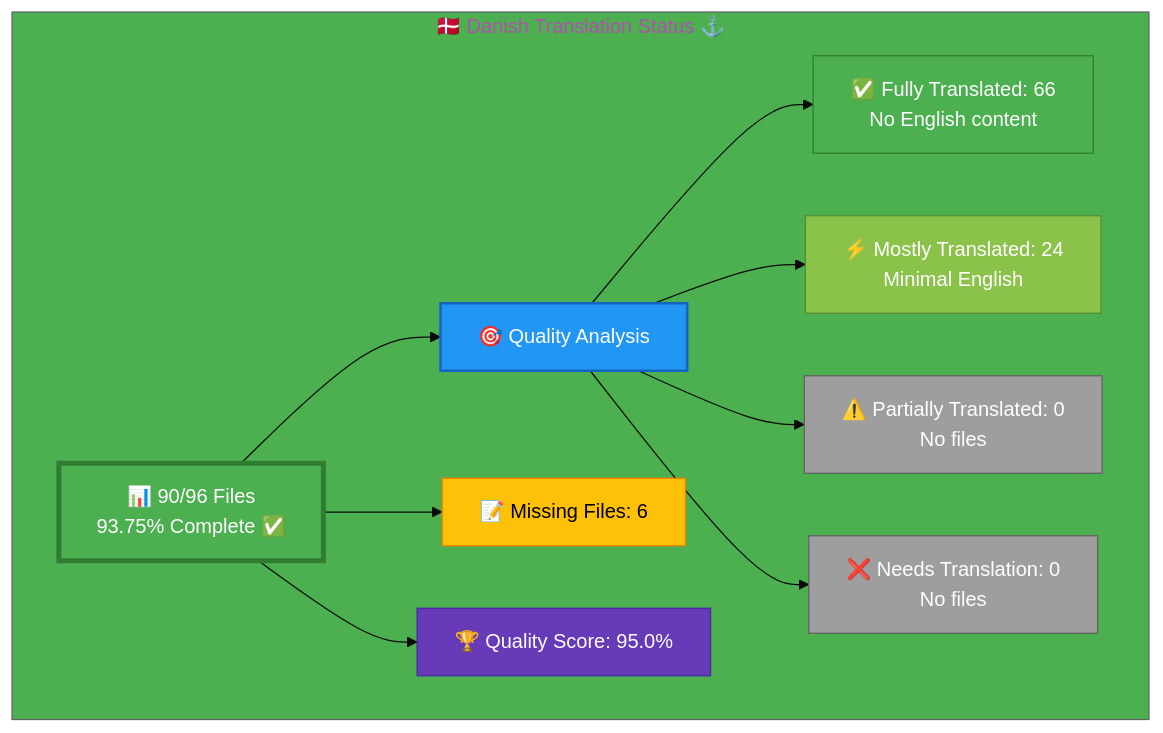
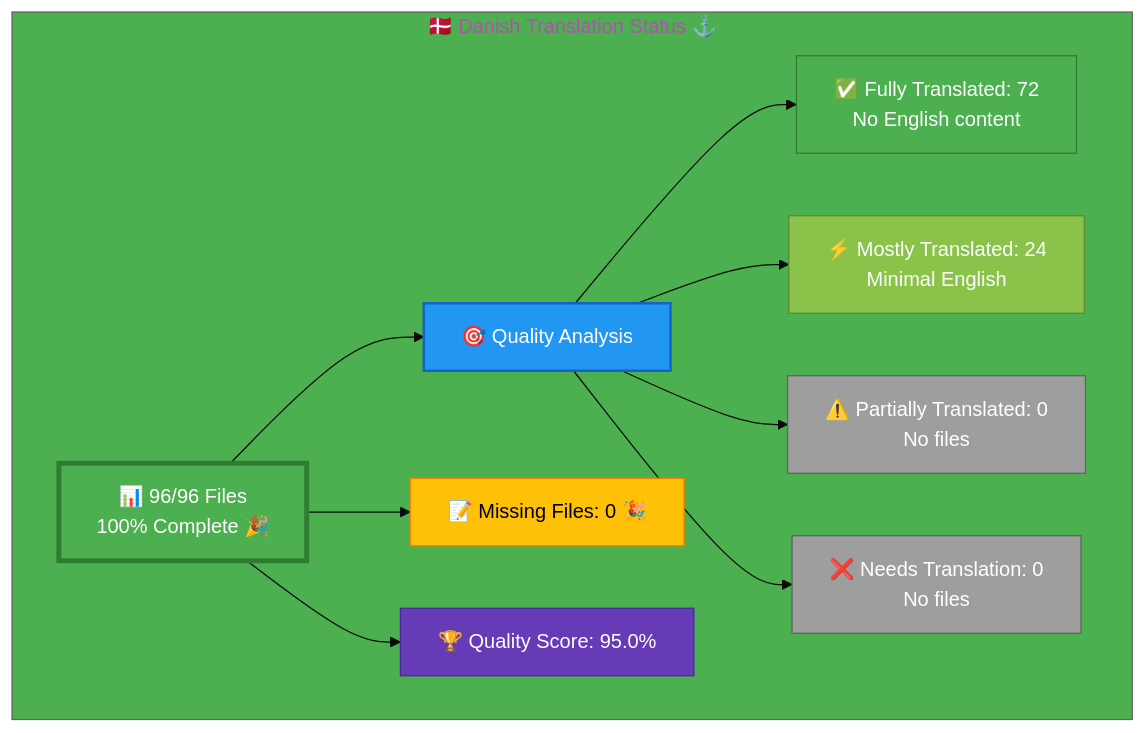
The diagram in Danish-Translation-Status.md (Hack23/homepage), drawn with Mermaid before and after one commit. The commit also changed other lines of this file, not shown here.

First line of the commit message:
Update Danish-Translation-Status.md - 100% COMPLETE 🎉

````diff
--- a/Danish-Translation-Status.md
+++ b/Danish-Translation-Status.md
@@ -55,26 +63,26 @@
 ```mermaid
 %%{init: {'theme':'base', 'themeVariables': {'primaryColor':'#4CAF50','secondaryColor':'#2196F3','tertiaryColor':'#4CAF50','fontSize':'16px'}}}%%
 graph TB
     subgraph "🇩🇰 Danish Translation Status ⚓"
-        A["📊 90/96 Files<br/>93.75% Complete ✅ "]
+        A["📊 96/96 Files<br/>100% Complete 🎉 "]
         
         A --> B["🎯 Quality Analysis"]
-        B --> C["✅ Fully Translated: 66<br/>No English content"]
+        B --> C["✅ Fully Translated: 72<br/>No English content"]
         B --> D["⚡ Mostly Translated: 24<br/>Minimal English"]
         B --> E["⚠️  Partially Translated: 0<br/>No files"]
         B --> F["❌ Needs Translation: 0<br/>No files"]
         
-        A --> G["📝 Missing Files: 6"]
+        A --> G["📝 Missing Files: 0 🎉"]
         
         A --> H["🏆 Quality Score: 95.0%"]
         
         style A fill:#4CAF50,stroke:#2E7D32,color:#fff,stroke-width:4px
         style B fill:#2196F3,stroke:#1565C0,color:#fff,stroke-width:2px
         style C fill:#4CAF50,stroke:#2E7D32,color:#fff
         style D fill:#8BC34A,stroke:#558B2F,color:#fff
         style E fill:#9E9E9E,stroke:#616161,color:#fff
         style F fill:#9E9E9E,stroke:#616161,color:#fff
         style G fill:#FFC107,stroke:#F57C00,color:#000
         style H fill:#673AB7,stroke:#4527A0,color:#fff
     end
 ```
````
